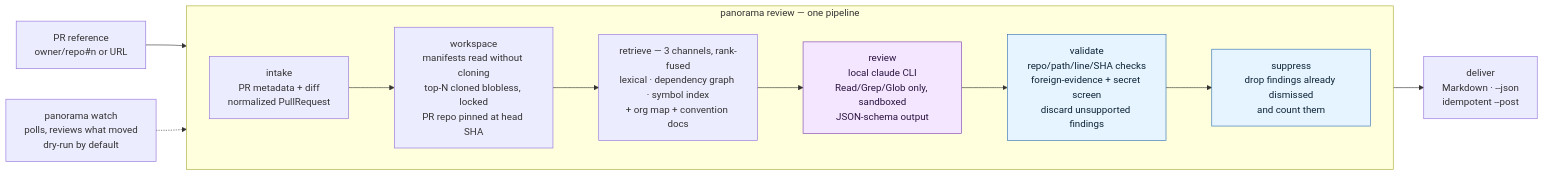
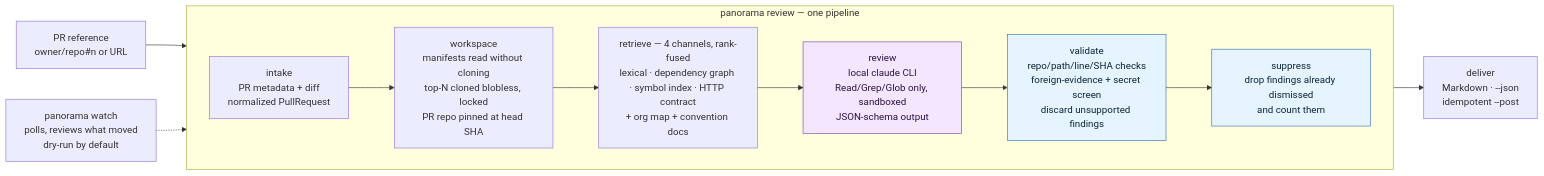
The diagram in README.md (ishanavasthi/panorama), drawn with Mermaid before and after one commit. The commit also changed other lines of this file and 12 other files, not shown here.

````diff
--- a/README.md
+++ b/README.md
@@ -459,28 +468,28 @@
 ```mermaid
 flowchart LR
     PR["PR reference<br/>owner/repo#n or URL"]
 
     subgraph PIPE["panorama review — one pipeline"]
         direction LR
         INTAKE["intake<br/>PR metadata + diff<br/>normalized PullRequest"]
         WORKSPACE["workspace<br/>manifests read without cloning<br/>top-N cloned blobless, locked<br/>PR repo pinned at head SHA"]
-        RETRIEVE["retrieve — 3 channels, rank-fused<br/>lexical · dependency graph · symbol index<br/>+ org map + convention docs"]
+        RETRIEVE["retrieve — 4 channels, rank-fused<br/>lexical · dependency graph · symbol index · HTTP contract<br/>+ org map + convention docs"]
         REVIEW["review<br/>local claude CLI<br/>Read/Grep/Glob only, sandboxed<br/>JSON-schema output"]
         VALIDATE["validate<br/>repo/path/line/SHA checks<br/>foreign-evidence + secret screen<br/>discard unsupported findings"]
         SUPPRESS["suppress<br/>drop findings already dismissed<br/>and count them"]
         INTAKE --> WORKSPACE --> RETRIEVE --> REVIEW --> VALIDATE --> SUPPRESS
     end
 
     DELIVER["deliver<br/>Markdown · --json<br/>idempotent --post"]
     WATCH["panorama watch<br/>polls, reviews what moved<br/>dry-run by default"]
 
     PR --> PIPE
     WATCH -.-> PIPE
     SUPPRESS --> DELIVER
 
     classDef ai fill:#f4e6ff,stroke:#7a3fb0,color:#2b1240;
     classDef guard fill:#e6f4ff,stroke:#2f6fb0,color:#0d2436;
     class REVIEW ai;
     class VALIDATE guard;
     class SUPPRESS guard;
 ```
````
